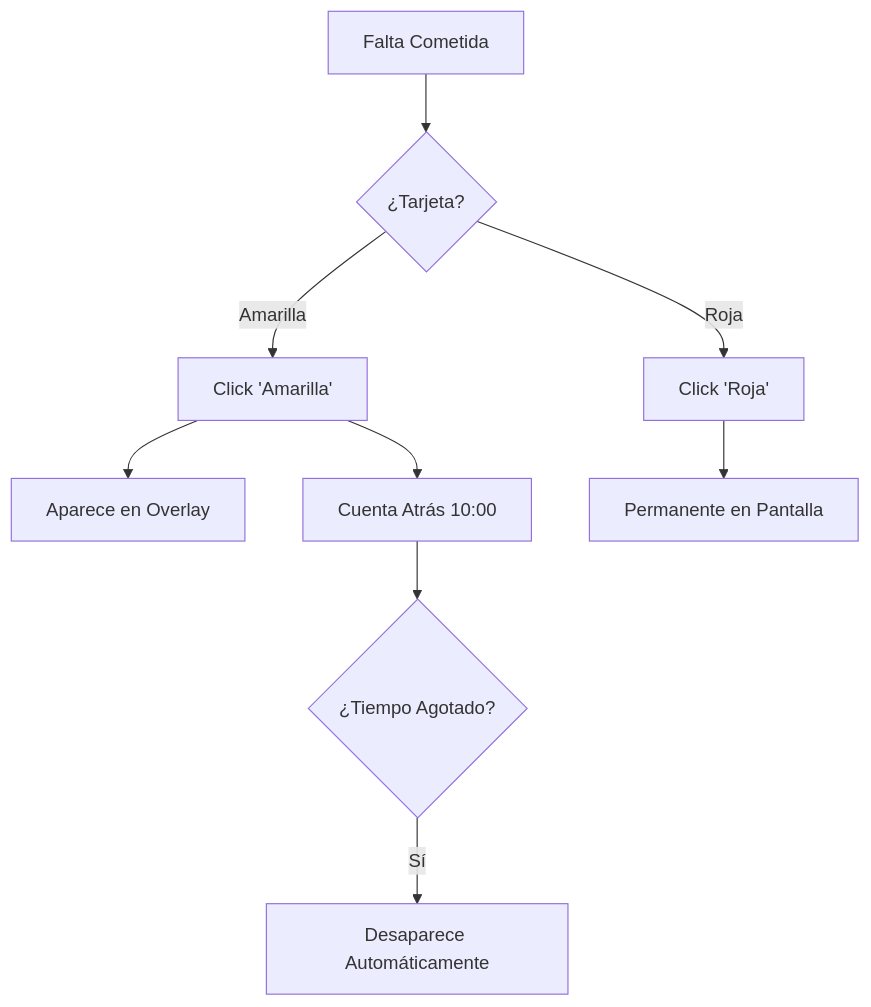
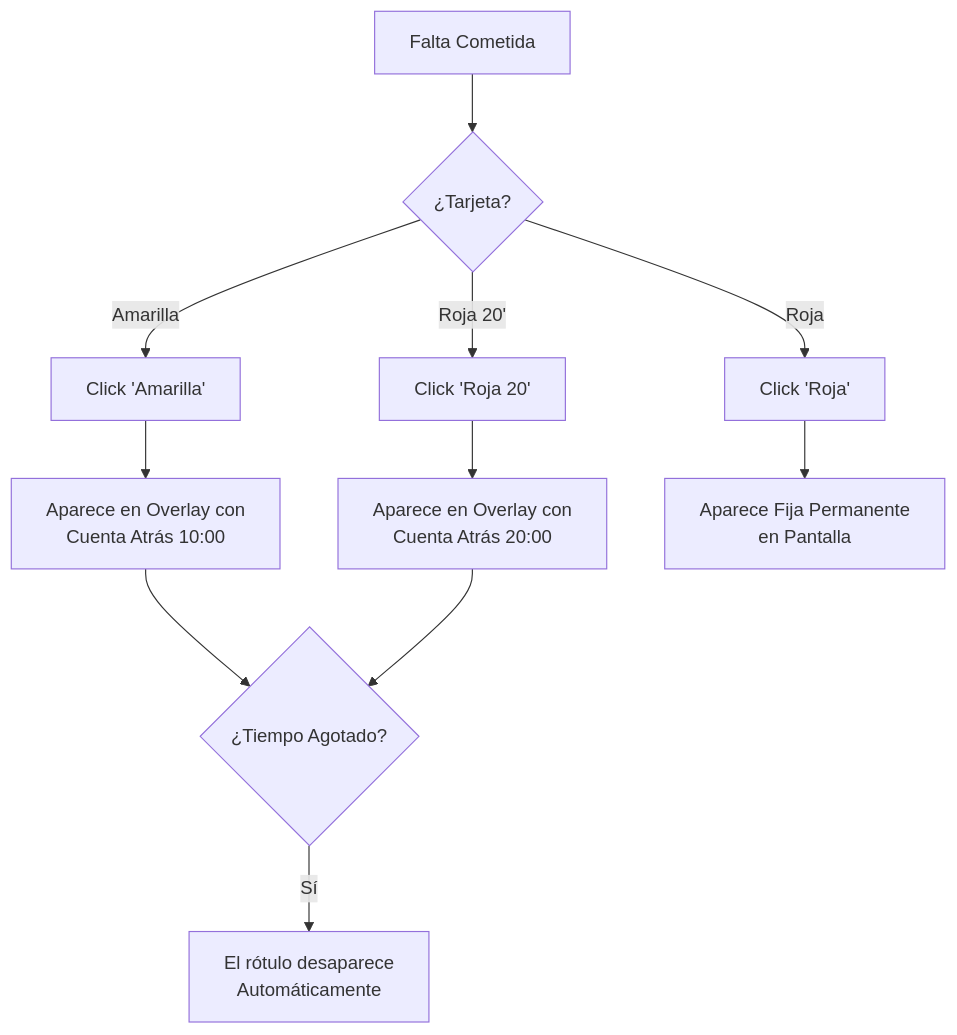
The fourth of 4 diagrams in GUIA_VISUAL.md (naniorion/Rugby-controller), drawn with Mermaid before and after one commit. The commit also changed other lines of this file and 1 other file, not shown here.

Commit message:
docs: expand user and visual guides with missing features details

````diff
--- a/GUIA_VISUAL.md
+++ b/GUIA_VISUAL.md
@@ -96,12 +96,17 @@
 ```mermaid
 flowchart TD
     A[Falta Cometida] --> B{¿Tarjeta?}
+    
     B -- Amarilla --> C[Click 'Amarilla']
-    C --> D[Aparece en Overlay]
-    C --> E[Cuenta Atrás 10:00]
-    E --> F{¿Tiempo Agotado?}
-    F -- Sí --> G[Desaparece Automáticamente]
+    C --> D[Aparece en Overlay con<br>Cuenta Atrás 10:00]
+    
+    B -- Roja 20' --> E[Click 'Roja 20']
+    E --> F[Aparece en Overlay con<br>Cuenta Atrás 20:00]
     
     B -- Roja --> H[Click 'Roja']
-    H --> I[Permanente en Pantalla]
+    H --> I[Aparece Fija Permanente<br>en Pantalla]
+    
+    D --> G{¿Tiempo Agotado?}
+    F --> G
+    G -- Sí --> J[El rótulo desaparece<br>Automáticamente]
 ```
````
